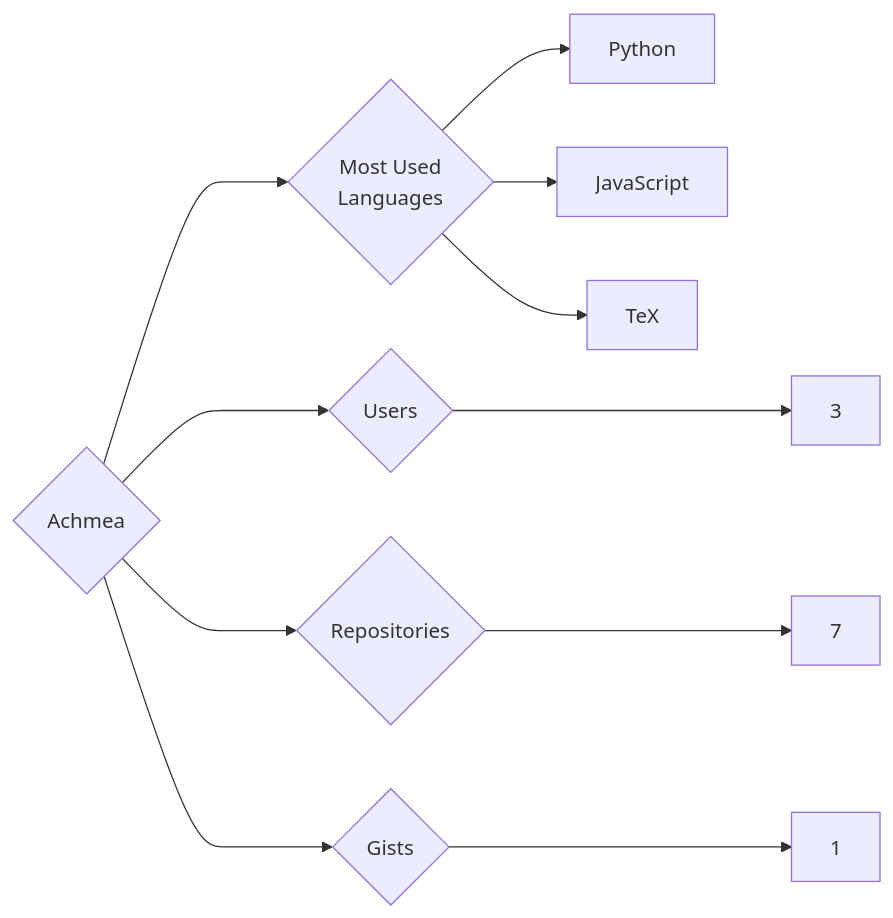
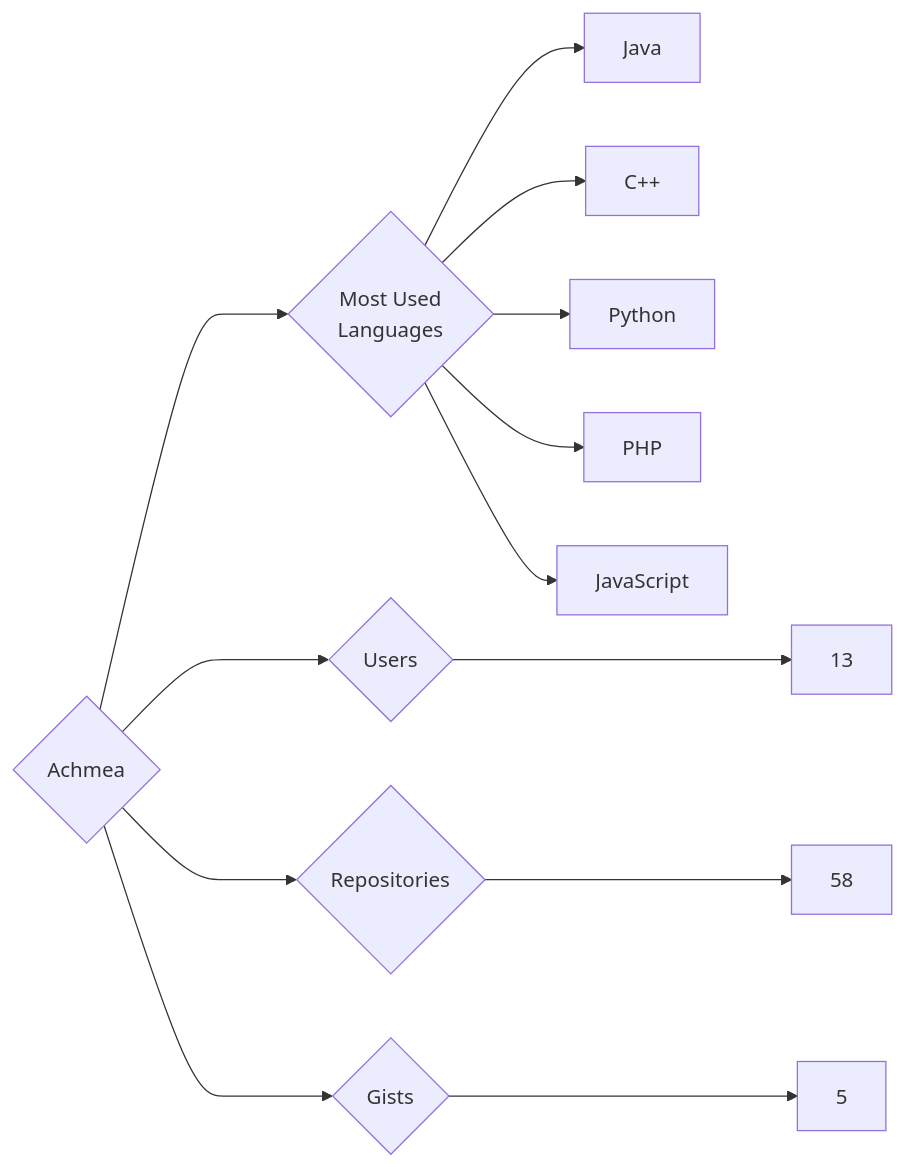
One commit to trickest/insiders changed the diagram in targets/Achmea/README.md. Above: the diagram before and after it, drawn with Mermaid. The commit also changed 924 other files, not shown here.

````diff
--- a/targets/Achmea/README.md
+++ b/targets/Achmea/README.md
@@ -3,11 +3,13 @@
 ```mermaid
 graph LR
 COMPANY_NAME{Achmea}
-COMPANY_NAME ---> U{Users} ---> UN[3]
-COMPANY_NAME ---> R{Repositories} ---> RN[7]
-COMPANY_NAME ---> G{Gists} ---> GN[1]
+COMPANY_NAME ---> U{Users} ---> UN[13]
+COMPANY_NAME ---> R{Repositories} ---> RN[58]
+COMPANY_NAME ---> G{Gists} ---> GN[5]
 COMPANY_NAME ---> ML{Most Used<br>Languages}
+ML --> Java[Java]
+ML --> C++[C++]
 ML --> Python[Python]
+ML --> PHP[PHP]
 ML --> JavaScript[JavaScript]
-ML --> TeX[TeX]
 ```
````
